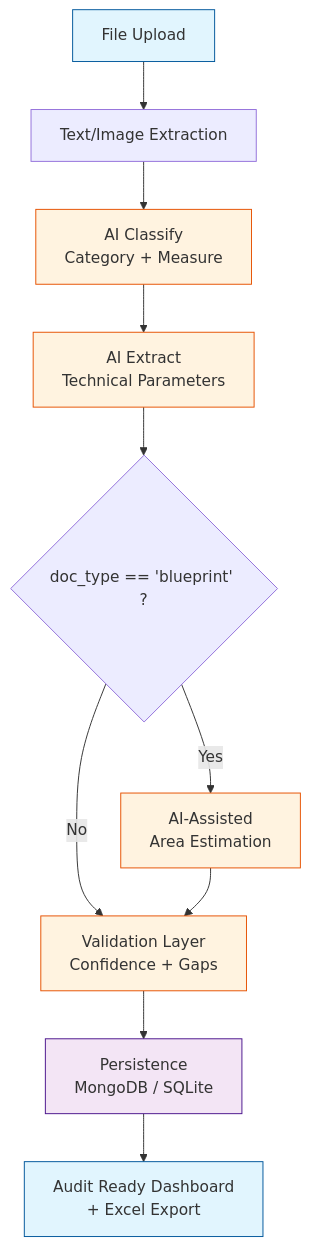
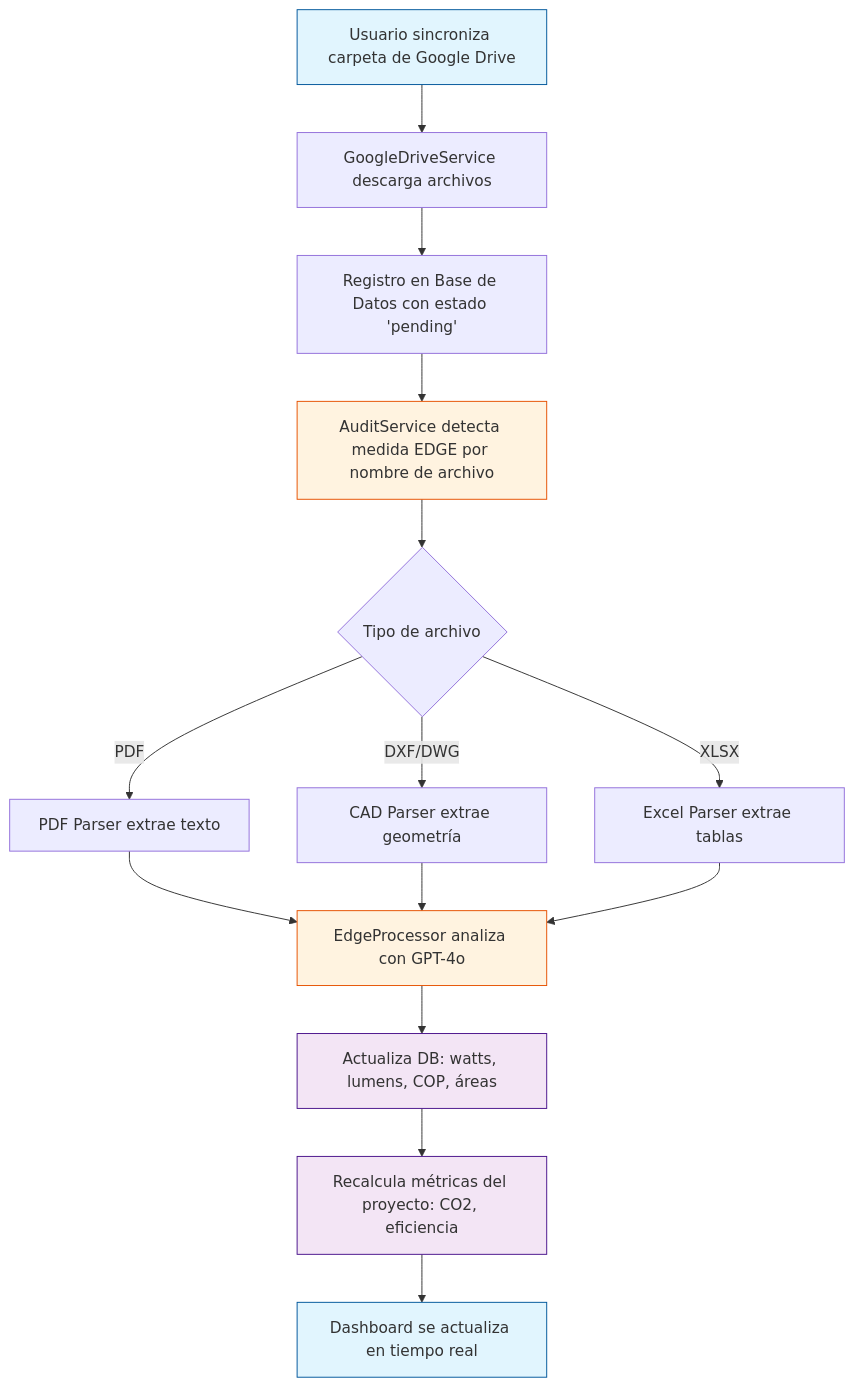
Before and after one commit to gproatechnology/GProA_Edge: the second of 2 diagrams in README.md, drawn with Mermaid. The commit also changed other lines of this file and 15 other files, not shown here.

Commit message:
Update from ps1 to Google Drive Acces

````diff
--- a/README.md
+++ b/README.md
@@ -58,19 +57,21 @@
 ```mermaid
 flowchart TD
-    A[File Upload] --> B[Text/Image Extraction]
-    B --> C[AI Classify<br/>Category + Measure]
-    C --> D[AI Extract<br/>Technical Parameters]
-    D --> E{doc_type == 'blueprint' ?}
-    E -->|Yes| F[AI-Assisted<br/>Area Estimation]
-    E -->|No| G[Validation Layer<br/>Confidence + Gaps]
-    F --> G
-    G --> H[Persistence<br/>MongoDB / SQLite]
-    H --> I[Audit Ready Dashboard<br/>+ Excel Export]
+    A[Usuario sincroniza carpeta de Google Drive] --> B[GoogleDriveService descarga archivos]
+    B --> C[Registro en Base de Datos con estado 'pending']
+    C --> D[AuditService detecta medida EDGE por nombre de archivo]
+    D --> E{Tipo de archivo}
+    E -->|PDF| F[PDF Parser extrae texto]
+    E -->|DXF/DWG| G[CAD Parser extrae geometría]
+    E -->|XLSX| H[Excel Parser extrae tablas]
+    F & G & H --> I[EdgeProcessor analiza con GPT-4o]
+    I --> J[Actualiza DB: watts, lumens, COP, áreas]
+    J --> K[Recalcula métricas del proyecto: CO2, eficiencia]
+    K --> L[Dashboard se actualiza en tiempo real]
 
     classDef startEnd fill:#e1f5fe,stroke:#01579b
     classDef ai fill:#fff3e0,stroke:#e65100
     classDef db fill:#f3e5f5,stroke:#4a148c
-    class A,I startEnd
-    class C,D,F,G ai
-    class H db
+    class A,L startEnd
+    class I,D ai
+    class J,K db
 ```
````
